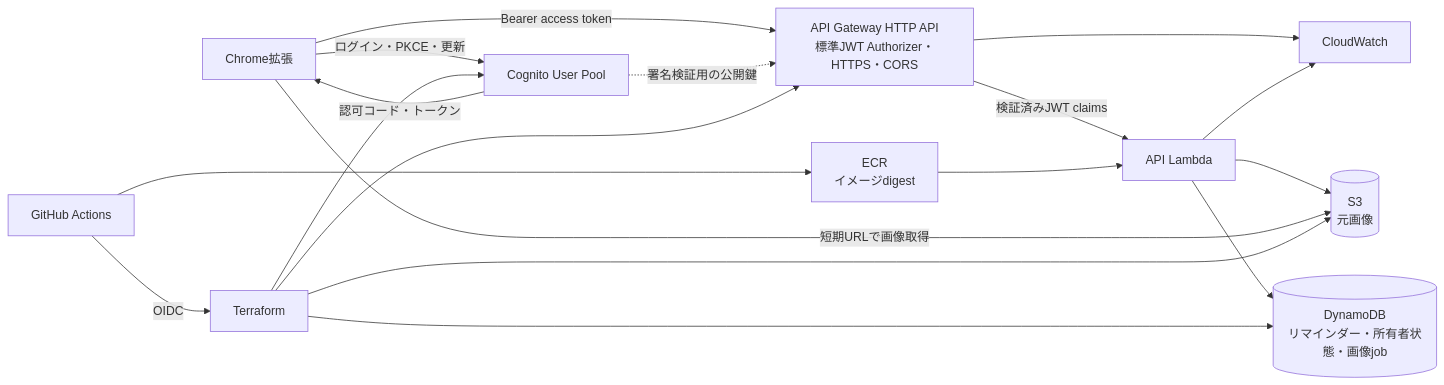
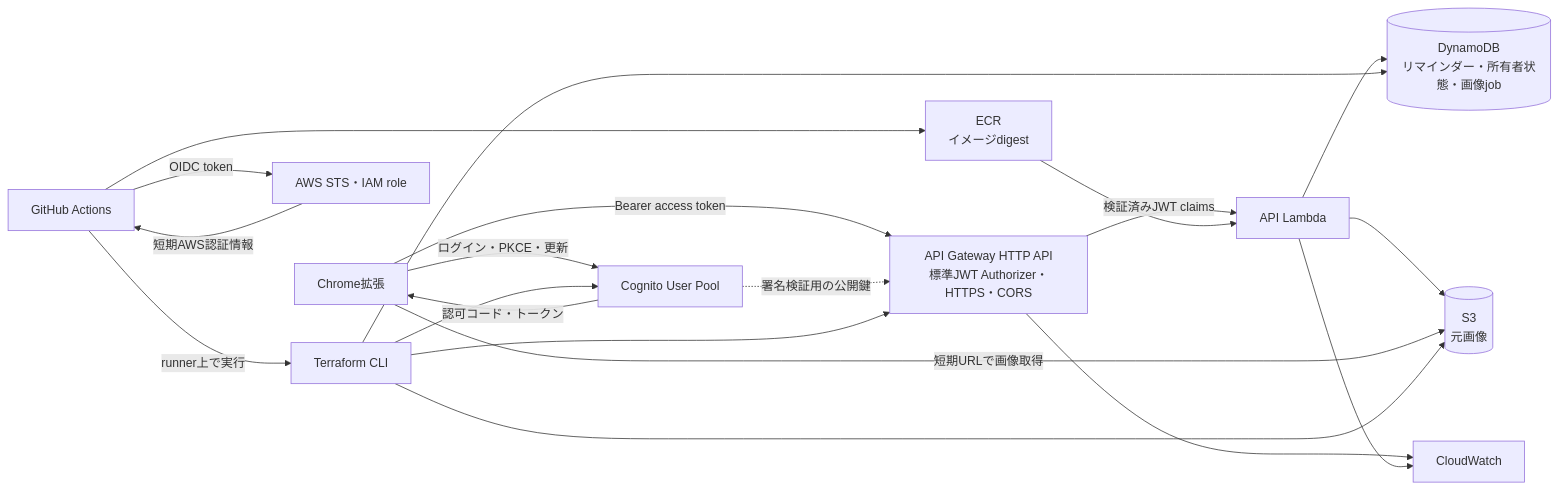
One commit to Knu334/reminder-server changed the diagram in docs/superpowers/specs/2026-10-02-reminder-server-aws-design.md. Above: the diagram before and after it, drawn with Mermaid. The commit also changed other lines of this file, not shown here.

Commit message:
docs: clarify GitHub OIDC authenticates to AWS

````diff
--- a/docs/superpowers/specs/2026-10-02-reminder-server-aws-design.md
+++ b/docs/superpowers/specs/2026-10-02-reminder-server-aws-design.md
@@ -35,20 +35,22 @@
 ```mermaid
 flowchart LR
     Client[Chrome拡張] -->|ログイン・PKCE・更新| Cognito[Cognito User Pool]
     Cognito -->|認可コード・トークン| Client
     Client -->|Bearer access token| Gateway[API Gateway HTTP API\n標準JWT Authorizer・HTTPS・CORS]
     Cognito -.->|署名検証用の公開鍵| Gateway
     Gateway -->|検証済みJWT claims| API[API Lambda]
     API --> Data[(DynamoDB\nリマインダー・所有者状態・画像job)]
     API --> Images[(S3\n元画像)]
     Client -->|短期URLで画像取得| Images
     Gateway --> Logs[CloudWatch]
     API --> Logs
-    GHA[GitHub Actions] -->|OIDC| TF[Terraform]
+    GHA[GitHub Actions] -->|OIDC token| STS[AWS STS・IAM role]
+    STS -->|短期AWS認証情報| GHA
+    GHA -->|runner上で実行| TF[Terraform CLI]
     GHA --> ECR[ECR\nイメージdigest]
     ECR --> API
     TF --> Gateway
     TF --> Cognito
     TF --> Data
     TF --> Images
 ```
````
